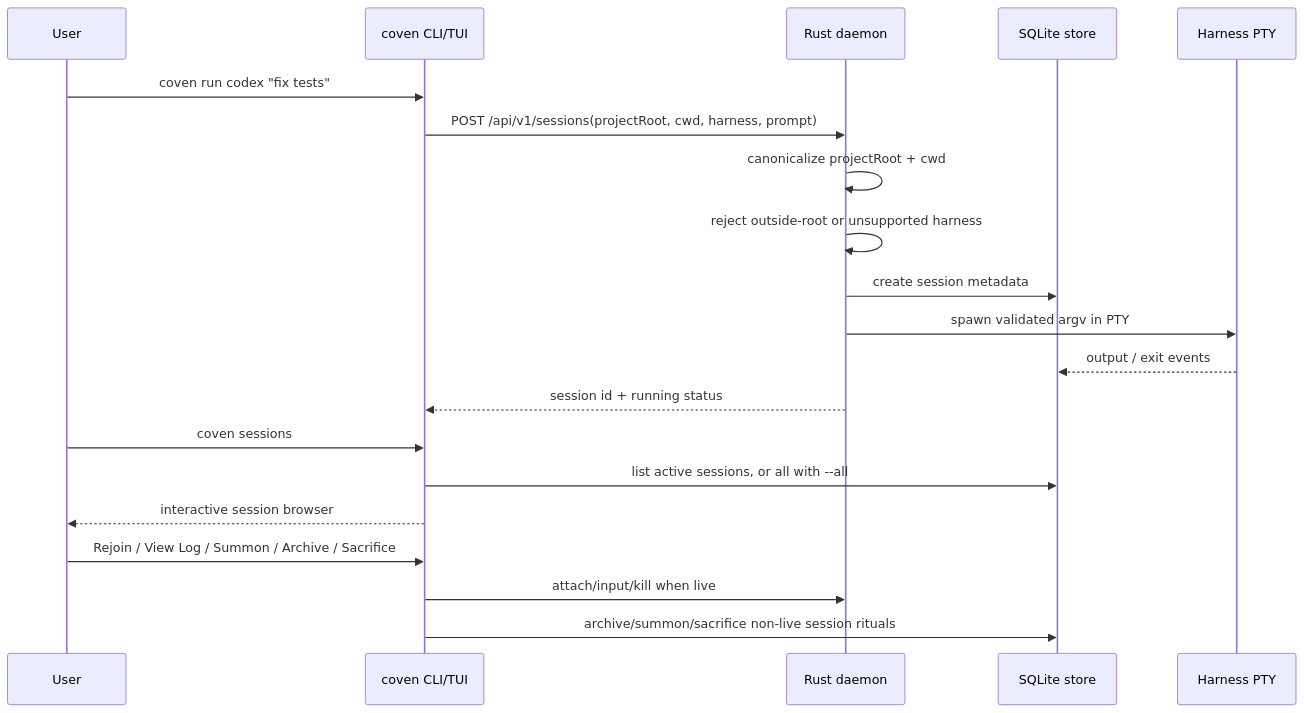
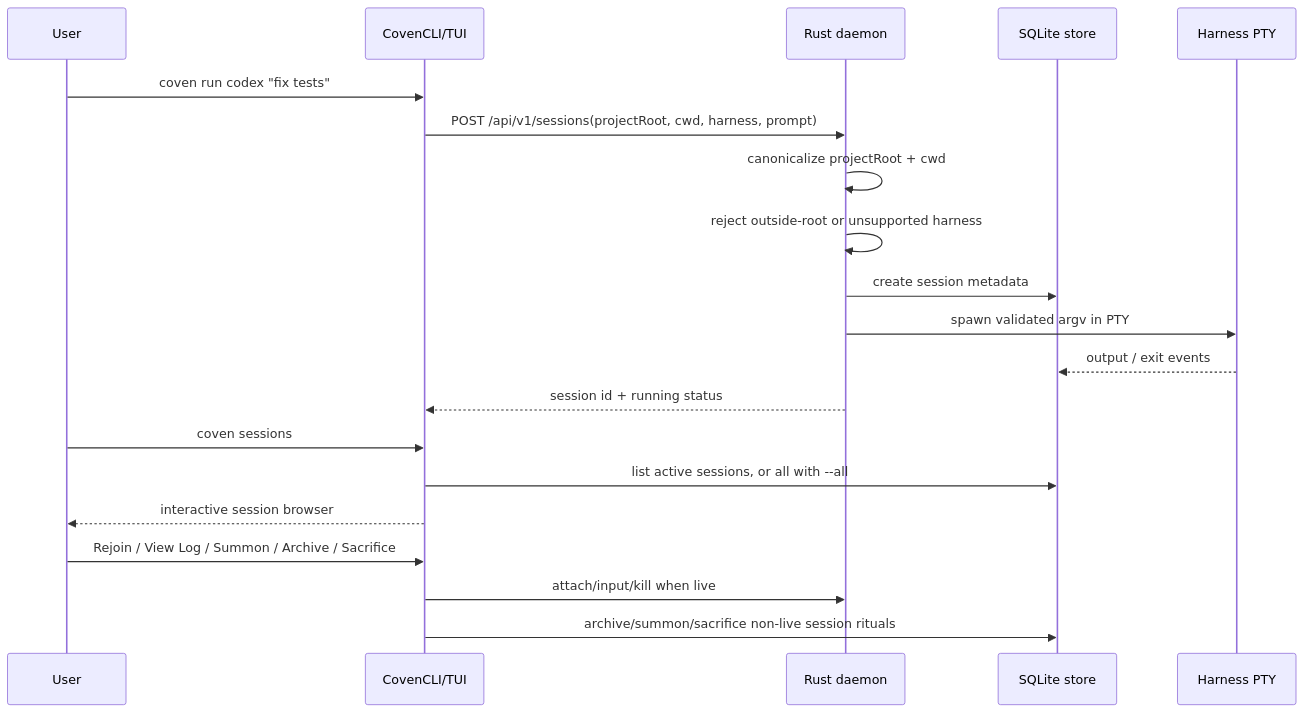
Before and after one commit to OpenCoven/coven-docs: the second of 4 diagrams in content/docs/guide/architecture.mdx, drawn with Mermaid. The commit also changed other lines of this file and 12 other files, not shown here.

First line of the commit message:
docs: modernize tables, expand Glossolalia map, finish CovenCLI rebrand

````diff
--- a/content/docs/guide/architecture.mdx
+++ b/content/docs/guide/architecture.mdx
@@ -65,25 +65,25 @@
 ```mermaid
 sequenceDiagram
   participant U as User
-  participant C as coven CLI/TUI
+  participant C as CovenCLI/TUI
   participant D as Rust daemon
   participant S as SQLite store
   participant H as Harness PTY
 
   U->>C: coven run codex "fix tests"
   C->>D: POST /api/v1/sessions(projectRoot, cwd, harness, prompt)
   D->>D: canonicalize projectRoot + cwd
   D->>D: reject outside-root or unsupported harness
   D->>S: create session metadata
   D->>H: spawn validated argv in PTY
   H-->>S: output / exit events
   D-->>C: session id + running status
 
   U->>C: coven sessions
   C->>S: list active sessions, or all with --all
   C-->>U: interactive session browser
 
   U->>C: Rejoin / View Log / Summon / Archive / Sacrifice
   C->>D: attach/input/kill when live
   C->>S: archive/summon/sacrifice non-live session rituals
 ```
````
